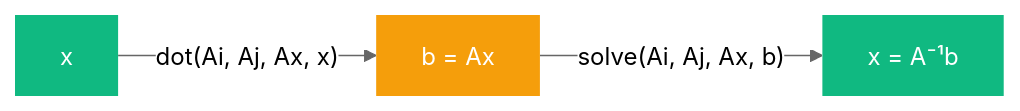
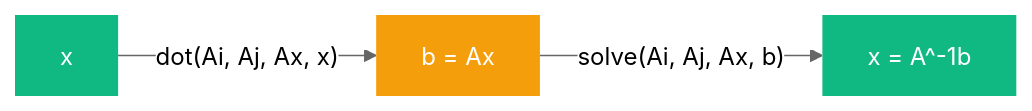
Before and after one commit to flaport/klujax: the second of 2 diagrams in docs/api/dot.md, drawn with Mermaid (neutral theme). The commit also changed other lines of this file and 21 other files, not shown here.

````diff
--- a/docs/api/dot.md
+++ b/docs/api/dot.md
@@ -71,9 +71,9 @@
 ```mermaid
 flowchart LR
     X1["x"] -->|"dot(Ai, Aj, Ax, x)"| B["b = Ax"]
-    B -->|"solve(Ai, Aj, Ax, b)"| X2["x = A⁻¹b"]
+    B -->|"solve(Ai, Aj, Ax, b)"| X2["x = A^-1b"]
 
     style X1 fill:#10b981,color:#fff,stroke:none
     style B fill:#f59e0b,color:#fff,stroke:none
     style X2 fill:#10b981,color:#fff,stroke:none
 ```
````
